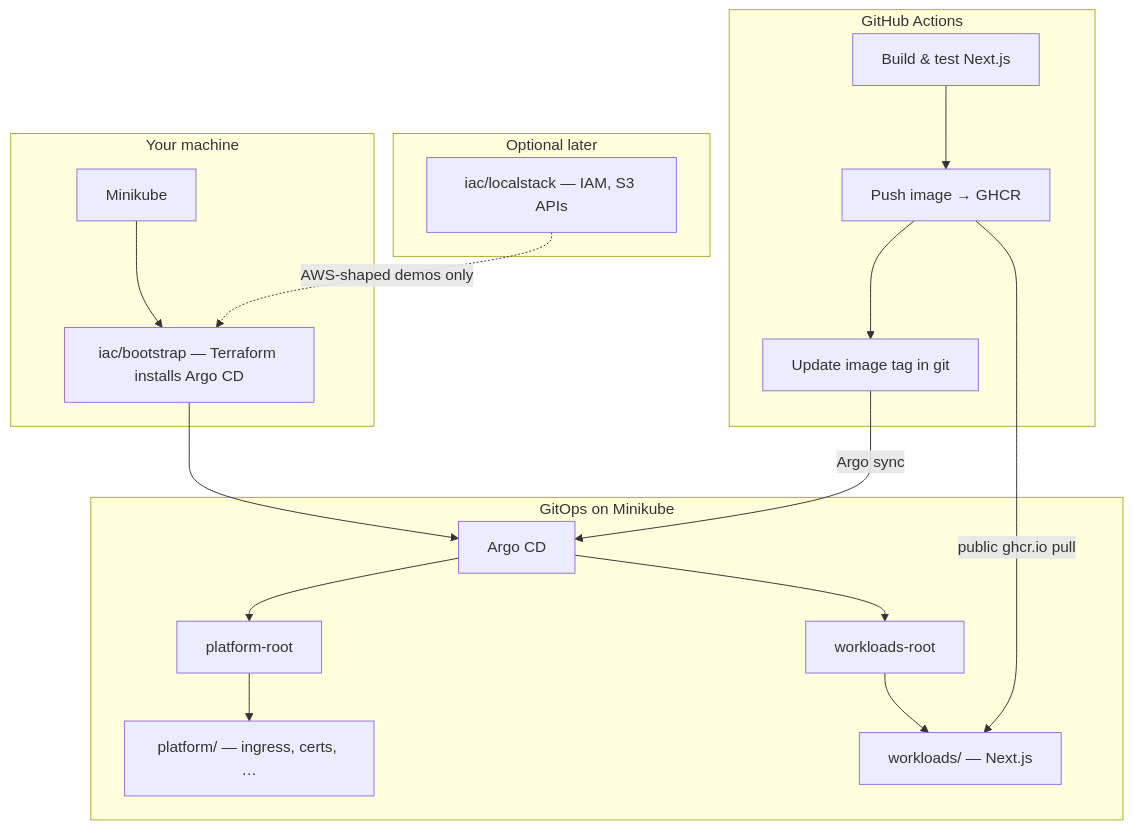
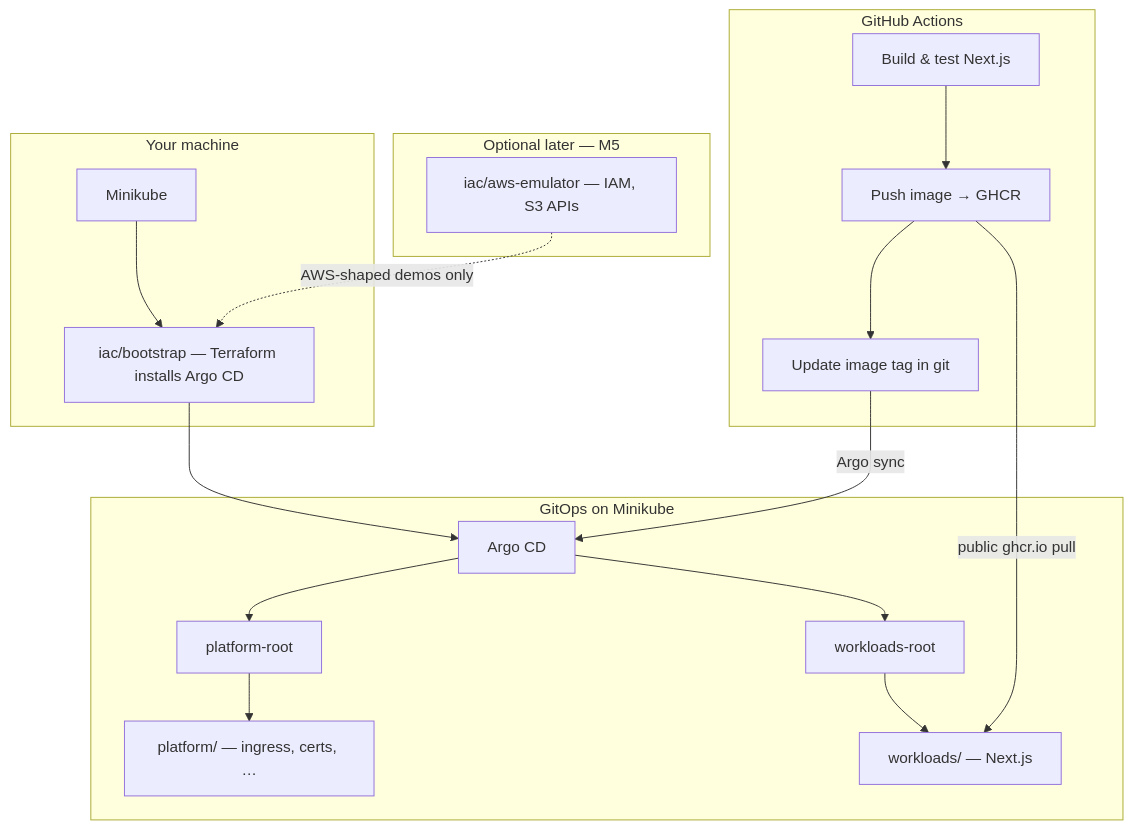
The diagram in README.md (cicdpete/platform-portfolio), drawn with Mermaid before and after one commit. The commit also changed other lines of this file and 9 other files, not shown here.

First line of the commit message:
docs: add M0–M5 milestones and switch optional AWS path to AWS Emulator

````diff
--- a/README.md
+++ b/README.md
@@ -18,36 +19,36 @@
 ```mermaid
 flowchart TB
   subgraph ci["GitHub Actions"]
     BUILD["Build & test Next.js"]
     PUSH["Push image → GHCR"]
     GIT["Update image tag in git"]
     BUILD --> PUSH --> GIT
   end
 
   subgraph local["Your machine"]
     MK["Minikube"]
     TF["iac/bootstrap — Terraform installs Argo CD"]
     MK --> TF
   end
 
   subgraph gitops["GitOps on Minikube"]
     ARGO["Argo CD"]
     PROOT["platform-root"]
     WROOT["workloads-root"]
     PLAT["platform/ — ingress, certs, …"]
     APP["workloads/ — Next.js"]
     ARGO --> PROOT
     ARGO --> WROOT
     PROOT --> PLAT
     WROOT --> APP
   end
 
-  subgraph optional["Optional later"]
-    LS["iac/localstack — IAM, S3 APIs"]
+  subgraph optional["Optional later — M5"]
+    LS["iac/aws-emulator — IAM, S3 APIs"]
   end
 
   TF --> ARGO
   GIT -->|"Argo sync"| ARGO
   PUSH -->|"public ghcr.io pull"| APP
   LS -.->|"AWS-shaped demos only"| TF
 ```
````
